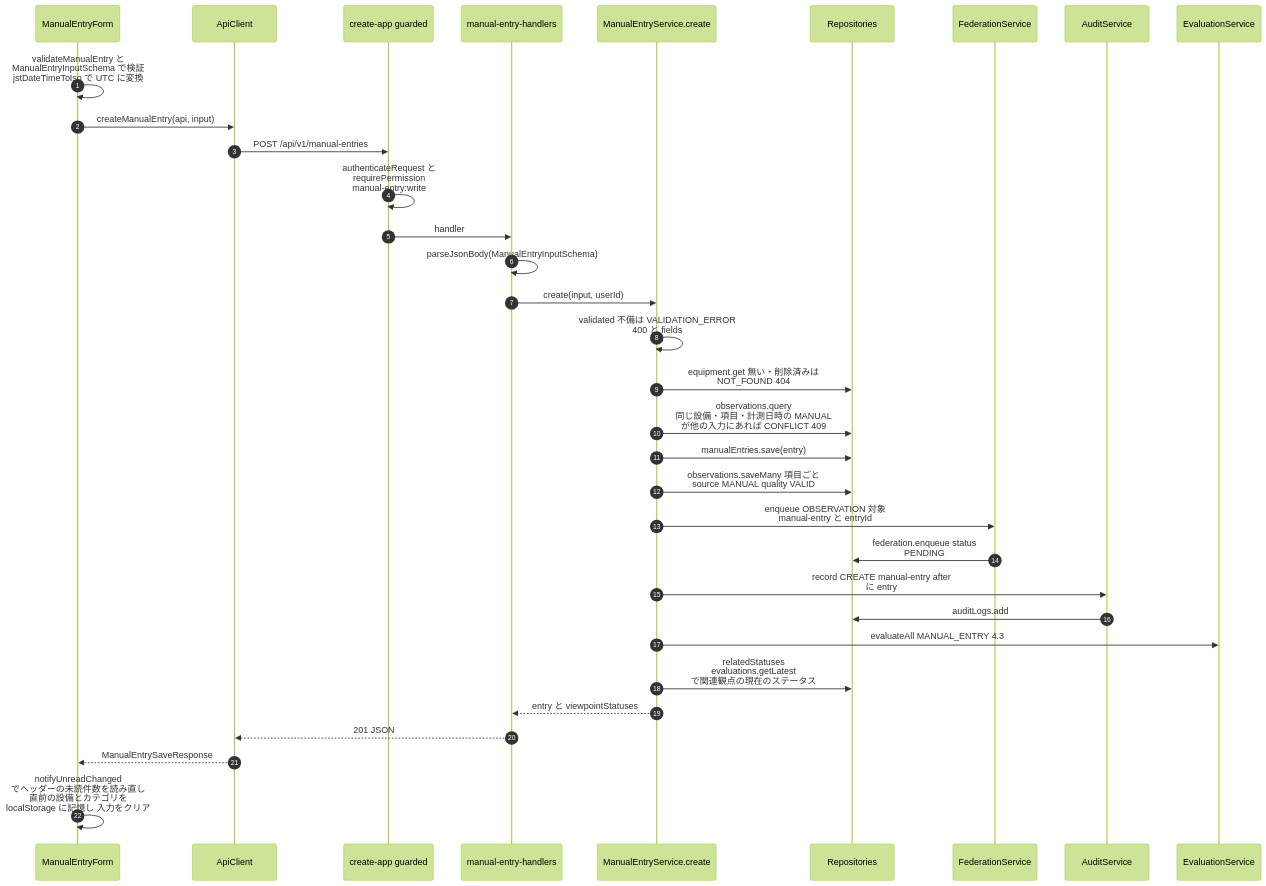
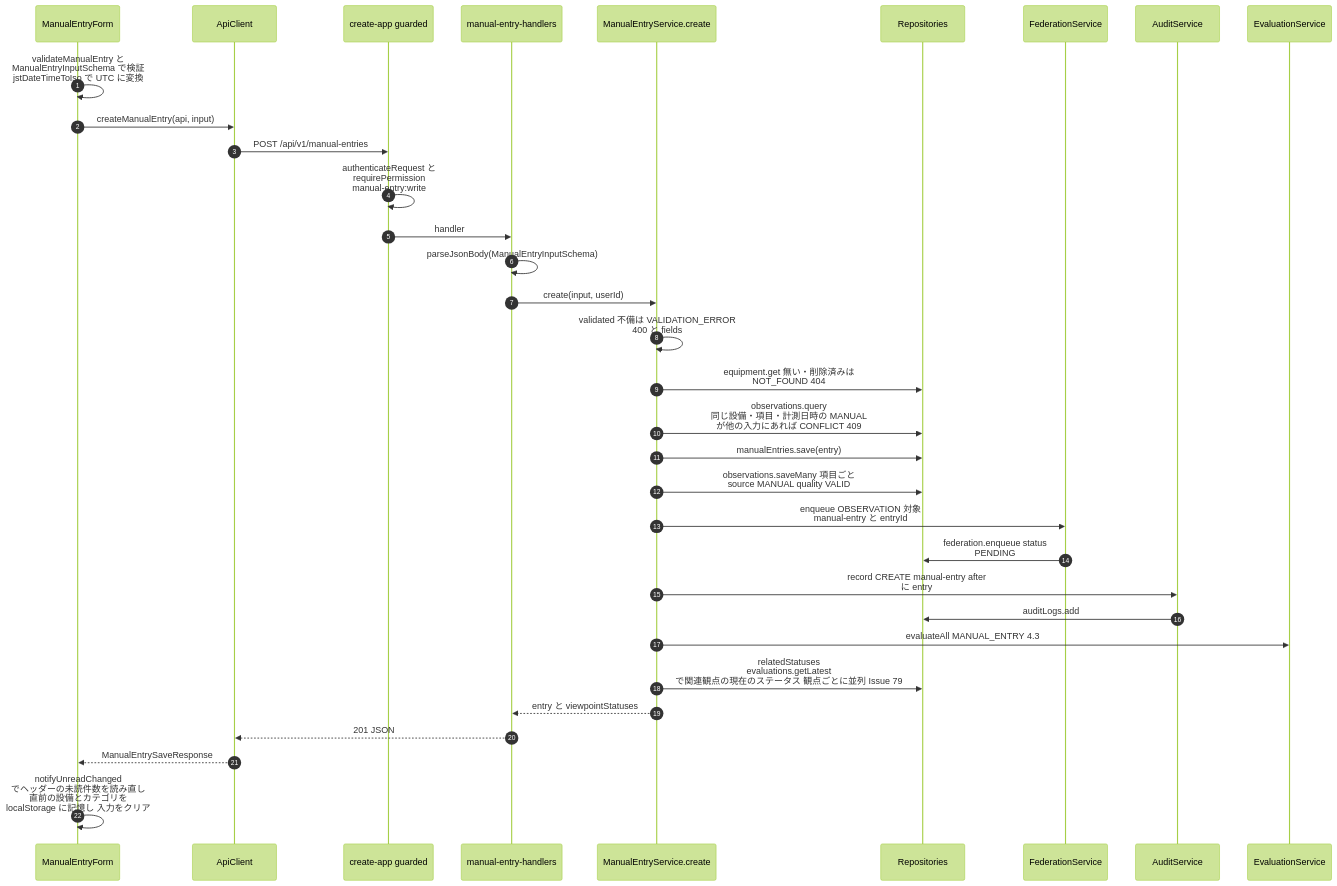
One commit to NS-APU/smart-farm-monitoring changed diagram 14 of 46 in docs/10_design/architecture/as-built.md. Above: the diagram before and after it, drawn with Mermaid (forest theme). The commit also changed other lines of this file and 4 other files, not shown here.

````diff
--- a/docs/10_design/architecture/as-built.md
+++ b/docs/10_design/architecture/as-built.md
@@ -1258,36 +1258,36 @@
 ```mermaid
 sequenceDiagram
   autonumber
   participant FORM as ManualEntryForm
   participant API as ApiClient
   participant APP as create-app guarded
   participant MH as manual-entry-handlers
   participant MS as ManualEntryService.create
   participant REP as Repositories
   participant FS as FederationService
   participant AU as AuditService
   participant EV as EvaluationService
 
   FORM->>FORM: validateManualEntry と<br>ManualEntryInputSchema で検証<br>jstDateTimeToIso で UTC に変換
   FORM->>API: createManualEntry(api, input)
   API->>APP: POST /api/v1/manual-entries
   APP->>APP: authenticateRequest と<br>requirePermission<br>manual-entry:write
   APP->>MH: handler
   MH->>MH: parseJsonBody(ManualEntryInputSchema)
   MH->>MS: create(input, userId)
   MS->>MS: validated 不備は VALIDATION_ERROR<br>400 と fields
   MS->>REP: equipment.get 無い・削除済みは<br>NOT_FOUND 404
   MS->>REP: observations.query<br>同じ設備・項目・計測日時の MANUAL<br>が他の入力にあれば CONFLICT 409
   MS->>REP: manualEntries.save(entry)
   MS->>REP: observations.saveMany 項目ごと<br>source MANUAL quality VALID
   MS->>FS: enqueue OBSERVATION 対象<br>manual-entry と entryId
   FS->>REP: federation.enqueue status<br>PENDING
   MS->>AU: record CREATE manual-entry after<br>に entry
   AU->>REP: auditLogs.add
   MS->>EV: evaluateAll MANUAL_ENTRY 4.3
-  MS->>REP: relatedStatuses<br>evaluations.getLatest<br>で関連観点の現在のステータス
+  MS->>REP: relatedStatuses<br>evaluations.getLatest<br>で関連観点の現在のステータス 観点ごとに並列 Issue 79
   MS-->>MH: entry と viewpointStatuses
   MH-->>API: 201 JSON
   API-->>FORM: ManualEntrySaveResponse
   FORM->>FORM: notifyUnreadChanged<br>でヘッダーの未読件数を読み直し<br>直前の設備とカテゴリを<br>localStorage に記憶し 入力をクリア
 ```
````
